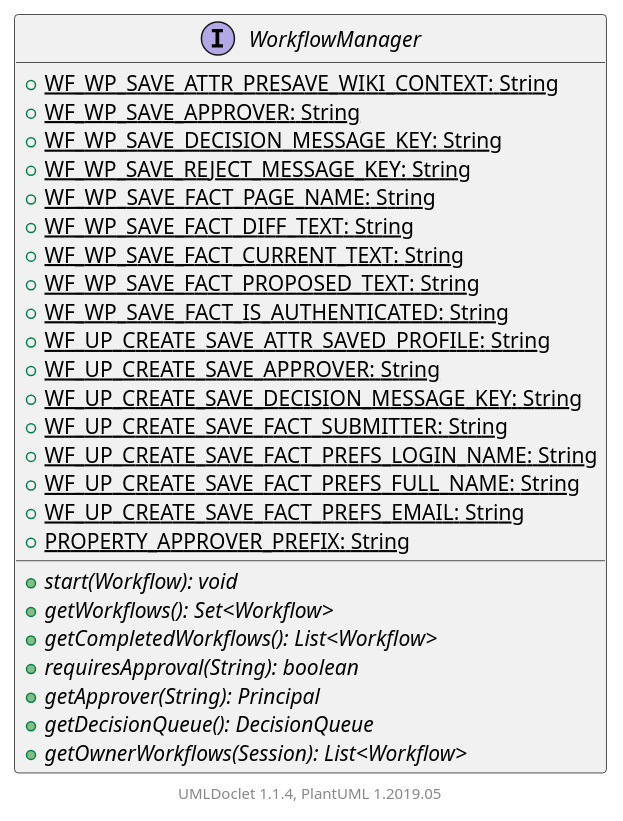
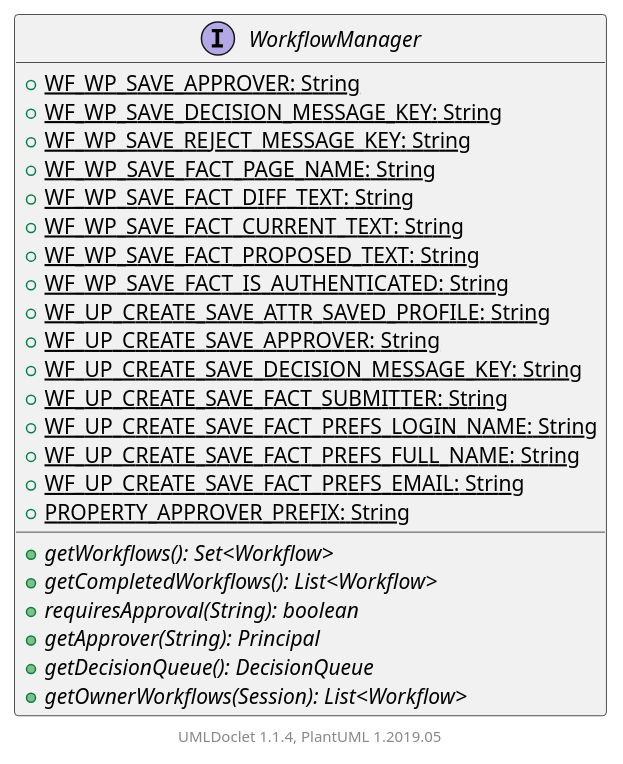
Before and after one commit to apache/jspwiki-site: the diagram in apidocs/2.11.0.M7-SNAPSHOT/org/apache/wiki/workflow/WorkflowManager.puml, drawn with PlantUML. The commit also changed 1311 other files, not shown here.

```diff
--- a/apidocs/2.11.0.M7-SNAPSHOT/org/apache/wiki/workflow/WorkflowManager.puml
+++ b/apidocs/2.11.0.M7-SNAPSHOT/org/apache/wiki/workflow/WorkflowManager.puml
@@ -1,32 +1,30 @@
 @startuml
 
     interface WorkflowManager [[WorkflowManager.html]] {
-        {static} +WF_WP_SAVE_ATTR_PRESAVE_WIKI_CONTEXT: String
         {static} +WF_WP_SAVE_APPROVER: String
         {static} +WF_WP_SAVE_DECISION_MESSAGE_KEY: String
         {static} +WF_WP_SAVE_REJECT_MESSAGE_KEY: String
         {static} +WF_WP_SAVE_FACT_PAGE_NAME: String
         {static} +WF_WP_SAVE_FACT_DIFF_TEXT: String
         {static} +WF_WP_SAVE_FACT_CURRENT_TEXT: String
         {static} +WF_WP_SAVE_FACT_PROPOSED_TEXT: String
         {static} +WF_WP_SAVE_FACT_IS_AUTHENTICATED: String
         {static} +WF_UP_CREATE_SAVE_ATTR_SAVED_PROFILE: String
         {static} +WF_UP_CREATE_SAVE_APPROVER: String
         {static} +WF_UP_CREATE_SAVE_DECISION_MESSAGE_KEY: String
         {static} +WF_UP_CREATE_SAVE_FACT_SUBMITTER: String
         {static} +WF_UP_CREATE_SAVE_FACT_PREFS_LOGIN_NAME: String
         {static} +WF_UP_CREATE_SAVE_FACT_PREFS_FULL_NAME: String
         {static} +WF_UP_CREATE_SAVE_FACT_PREFS_EMAIL: String
         {static} +PROPERTY_APPROVER_PREFIX: String
-        {abstract} +start(Workflow): void
         {abstract} +getWorkflows(): Set<Workflow>
         {abstract} +getCompletedWorkflows(): List<Workflow>
         {abstract} +requiresApproval(String): boolean
         {abstract} +getApprover(String): Principal
         {abstract} +getDecisionQueue(): DecisionQueue
         {abstract} +getOwnerWorkflows(Session): List<Workflow>
     }
 
 
     center footer UMLDoclet 1.1.4, PlantUML 1.2019.05
 @enduml
```
